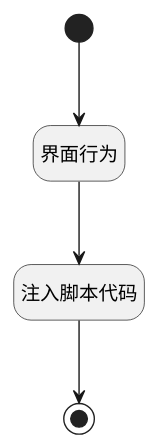
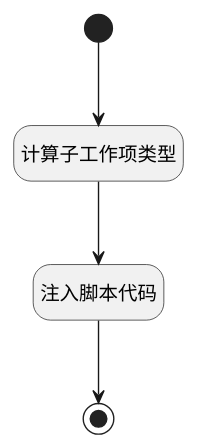
Before and after one commit to iBizLab/plm: the diagram in doc/docsify/module/ProjMgmt/work_item/uilogic/newrow_test.md, drawn with PlantUML. The commit also changed other lines of this file and 1068 other files, not shown here.

````diff
--- a/doc/docsify/module/ProjMgmt/work_item/uilogic/newrow_test.md
+++ b/doc/docsify/module/ProjMgmt/work_item/uilogic/newrow_test.md
@@ -7,23 +7,23 @@
 ```plantuml
 @startuml
 hide footbox
 <style>
 root {
   HyperlinkColor #42b983
 }
 </style>
 
 hide empty description
 state "开始" as Begin <<start>> [[$./newrow_test#begin {开始}]]
+state "计算子工作项类型" as DEUIACTION1  [[$./newrow_test#deuiaction1 {计算子工作项类型}]]
 state "结束" as END1 <<end>> [[$./newrow_test#end1 {结束}]]
-state "界面行为" as DEUIACTION1  [[$./newrow_test#deuiaction1 {界面行为}]]
 state "注入脚本代码" as RAWJSCODE1  [[$./newrow_test#rawjscode1 {注入脚本代码}]]
 
 
 Begin --> DEUIACTION1
 DEUIACTION1 --> RAWJSCODE1
 RAWJSCODE1 --> END1
 
 
 @enduml
 ```
````
